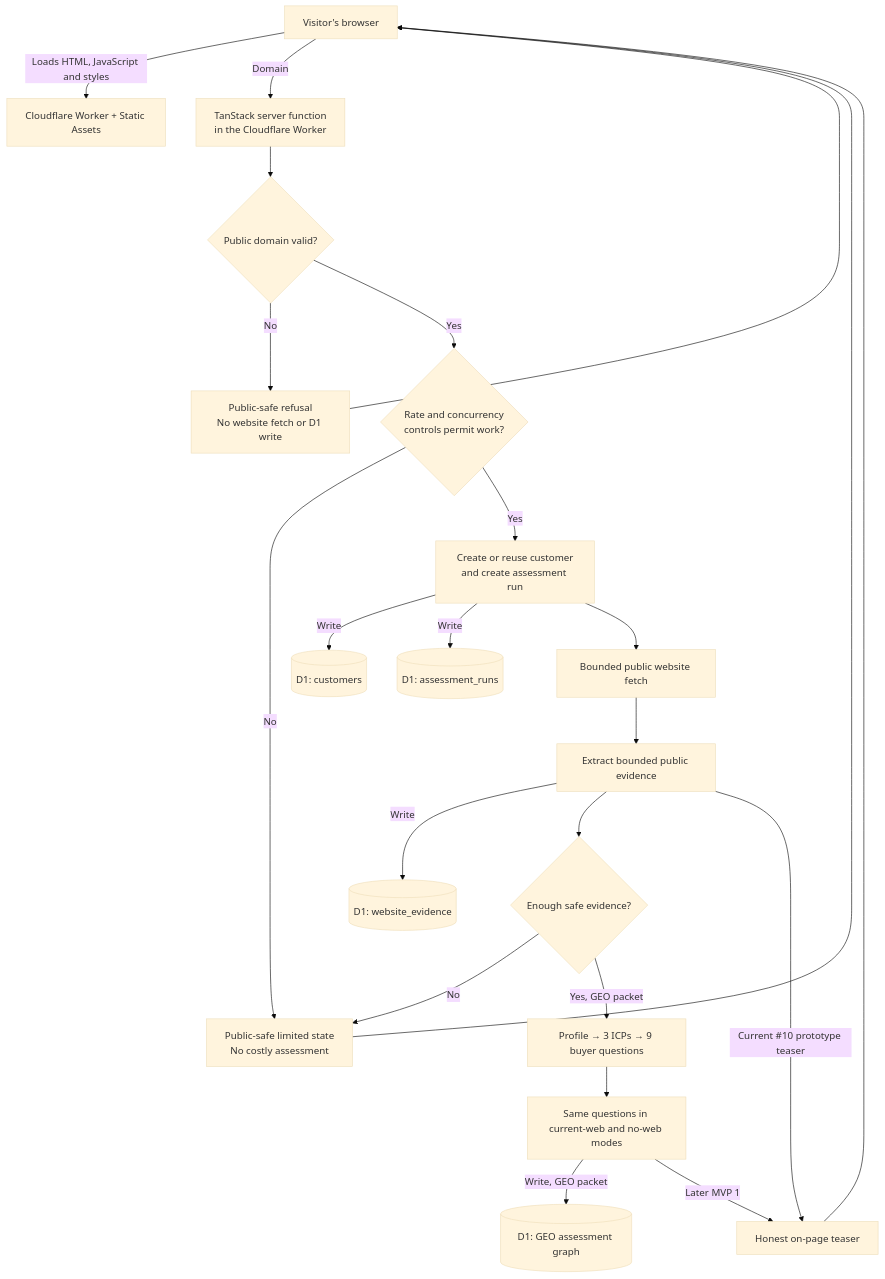
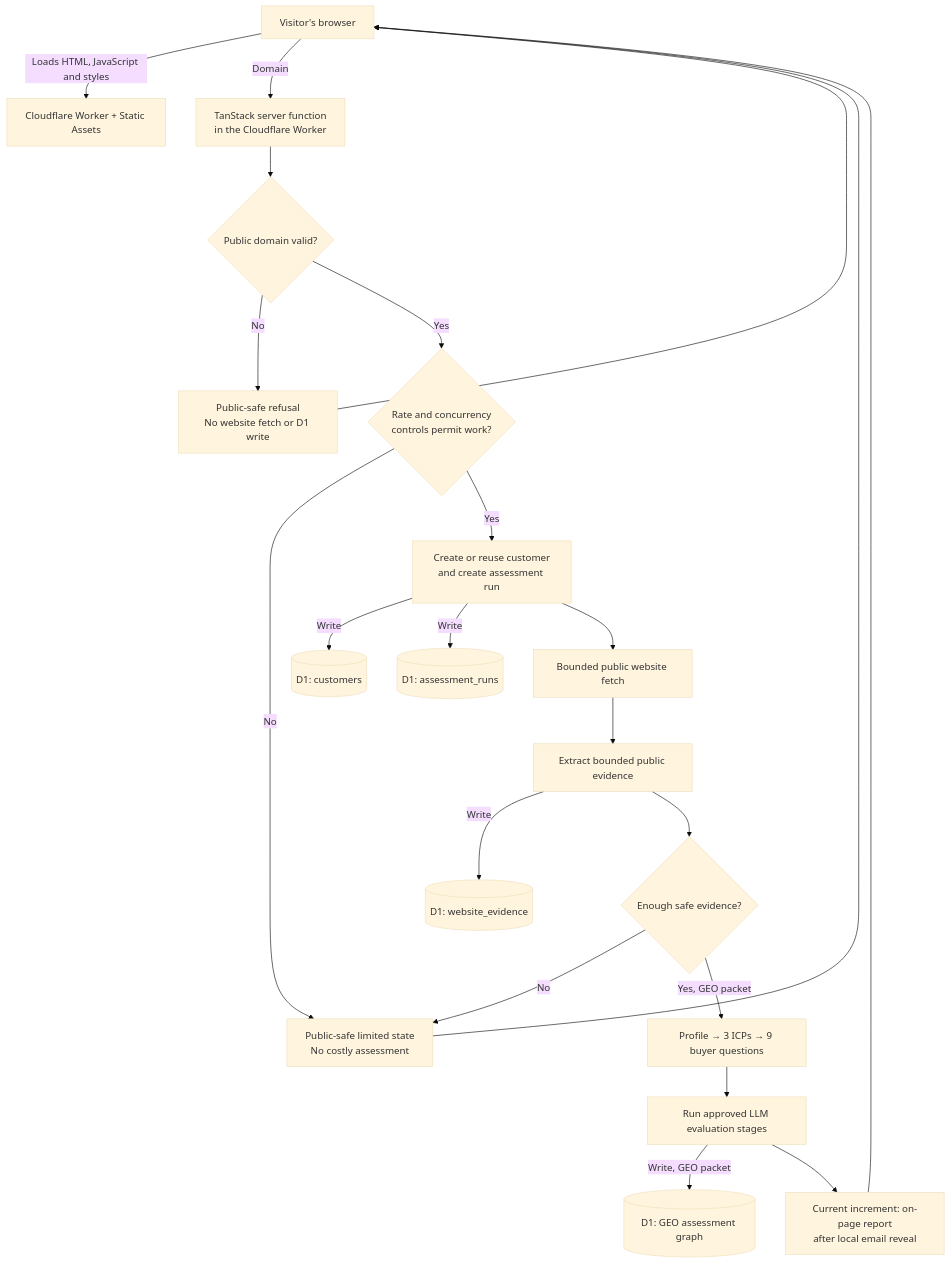
The first of 2 diagrams in docs/product/REQUEST_FLOW.md (successbycs/ShortList), drawn with Mermaid (base theme) before and after one commit. The commit also changed other lines of this file and 19 other files, not shown here.

````diff
--- a/docs/product/REQUEST_FLOW.md
+++ b/docs/product/REQUEST_FLOW.md
@@ -26,26 +26,25 @@
 ```mermaid
 flowchart TD
     Visitor[Visitor's browser] -->|Loads HTML, JavaScript and styles| Assets[Cloudflare Worker + Static Assets]
     Visitor -->|Domain| ServerFn[TanStack server function<br/>in the Cloudflare Worker]
     ServerFn --> Gate{Public domain valid?}
     Gate -->|No| Refusal[Public-safe refusal<br/>No website fetch or D1 write]
     Gate -->|Yes| Controls{Rate and concurrency<br/>controls permit work?}
     Controls -->|No| Limited[Public-safe limited state<br/>No costly assessment]
     Controls -->|Yes| Admission[Create or reuse customer<br/>and create assessment run]
 
     Admission -->|Write| Customers[(D1: customers)]
     Admission -->|Write| Runs[(D1: assessment_runs)]
     Admission --> Fetch[Bounded public website fetch]
     Fetch --> Evidence[Extract bounded public evidence]
     Evidence -->|Write| WebsiteEvidence[(D1: website_evidence)]
     Evidence --> Decision{Enough safe evidence?}
     Decision -->|No| Limited
     Decision -->|Yes, GEO packet| Profile[Profile → 3 ICPs → 9 buyer questions]
-    Profile --> Evaluation[Same questions in current-web and no-web modes]
+    Profile --> Evaluation[Run approved LLM evaluation stages]
     Evaluation -->|Write, GEO packet| AiEvidence[(D1: GEO assessment graph)]
-    Evidence -->|Current #10 prototype teaser| Teaser[Honest on-page teaser]
-    Evaluation -->|Later MVP 1| Teaser
-    Teaser --> Visitor
+    Evaluation --> Report[Current increment: on-page report\nafter local email reveal]
+    Report --> Visitor
     Limited --> Visitor
     Refusal --> Visitor
 ```
````
